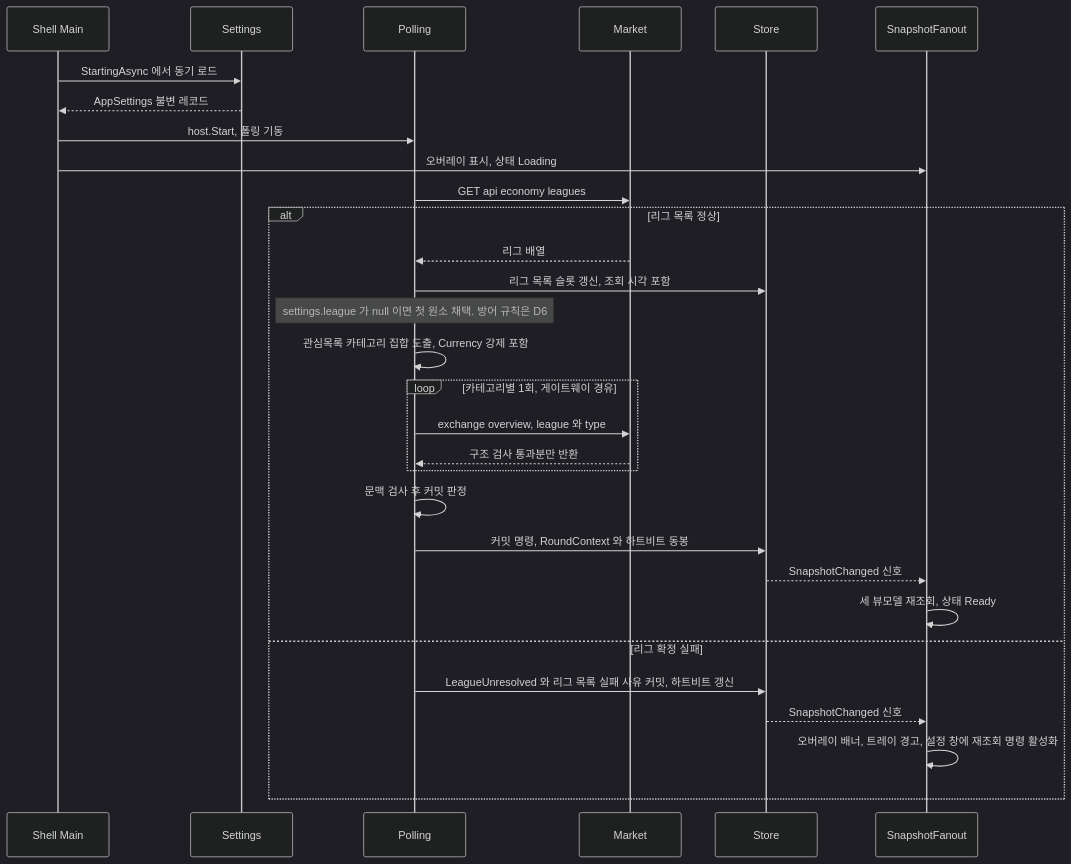
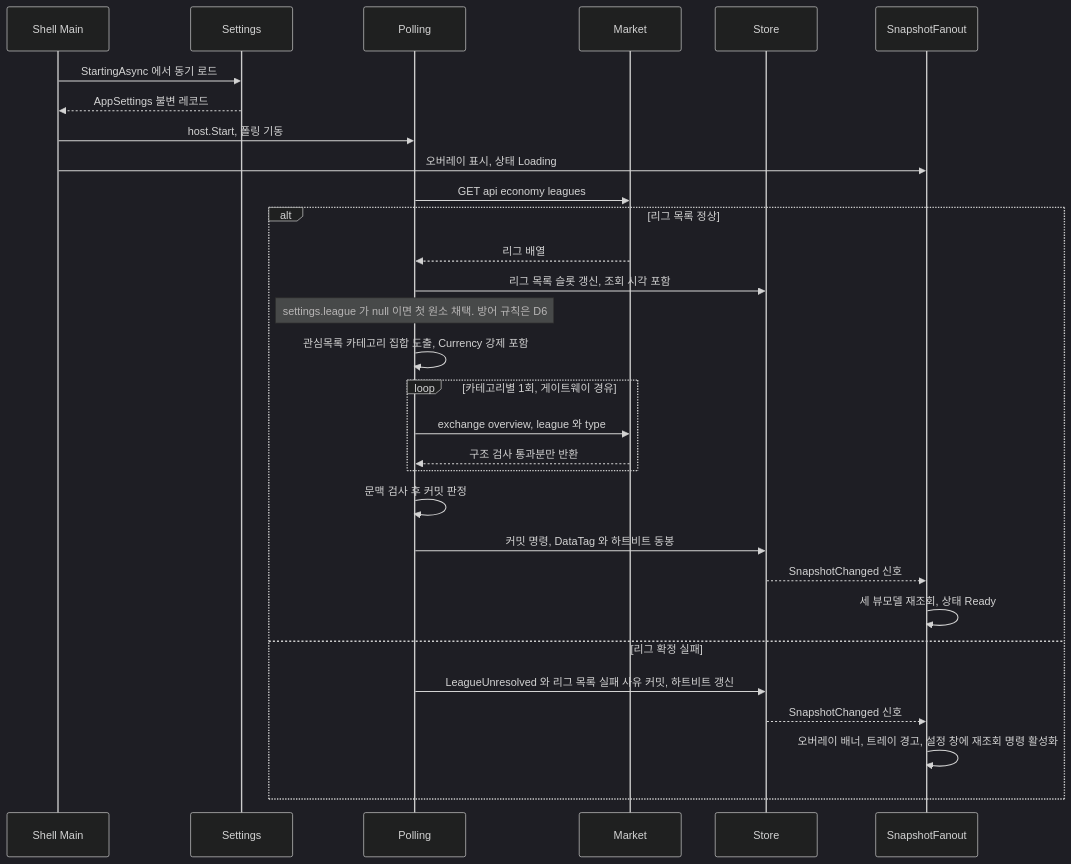
One commit to kost0806/poe-market-price-tracker-overlay changed the third of 5 diagrams in docs/design/01-hld.md. Above: the diagram before and after it, drawn with Mermaid (dark theme). The commit also changed other lines of this file and 3 other files, not shown here.

````diff
--- a/docs/design/01-hld.md
+++ b/docs/design/01-hld.md
@@ -376,33 +416,33 @@
 ```mermaid
 sequenceDiagram
     participant Main as Shell Main
     participant Set as Settings
     participant Poll as Polling
     participant Mk as Market
     participant Sto as Store
     participant Fan as SnapshotFanout
 
     Main->>Set: StartingAsync 에서 동기 로드
     Set-->>Main: AppSettings 불변 레코드
     Main->>Poll: host.Start, 폴링 기동
     Main->>Fan: 오버레이 표시, 상태 Loading
     Poll->>Mk: GET api economy leagues
     alt 리그 목록 정상
         Mk-->>Poll: 리그 배열
         Poll->>Sto: 리그 목록 슬롯 갱신, 조회 시각 포함
         Note over Poll: settings.league 가 null 이면 첫 원소 채택. 방어 규칙은 D6
         Poll->>Poll: 관심목록 카테고리 집합 도출, Currency 강제 포함
         loop 카테고리별 1회, 게이트웨이 경유
             Poll->>Mk: exchange overview, league 와 type
             Mk-->>Poll: 구조 검사 통과분만 반환
         end
         Poll->>Poll: 문맥 검사 후 커밋 판정
-        Poll->>Sto: 커밋 명령, RoundContext 와 하트비트 동봉
+        Poll->>Sto: 커밋 명령, DataTag 와 하트비트 동봉
         Sto-->>Fan: SnapshotChanged 신호
         Fan->>Fan: 세 뷰모델 재조회, 상태 Ready
     else 리그 확정 실패
         Poll->>Sto: LeagueUnresolved 와 리그 목록 실패 사유 커밋, 하트비트 갱신
         Sto-->>Fan: SnapshotChanged 신호
         Fan->>Fan: 오버레이 배너, 트레이 경고, 설정 창에 재조회 명령 활성화
     end
 ```
````
